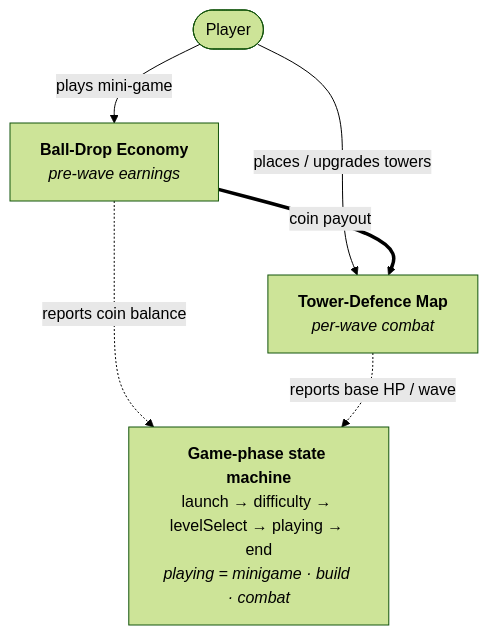
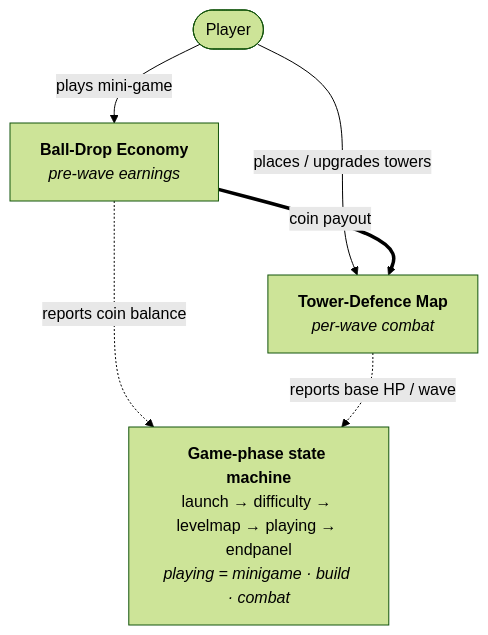
The first of 3 diagrams in REPORT.md (UoB-COMSM0166/2026-group-23), drawn with Mermaid (forest theme) before and after one commit. The commit also changed other lines of this file and 9 other files, not shown here.

````diff
--- a/REPORT.md
+++ b/REPORT.md
@@ -46,13 +51,13 @@
 ```mermaid
 flowchart TD
     Player(["Player"])
     Mini["<b>Ball-Drop Economy</b><br><i>pre-wave earnings</i>"]
     Map["<b>Tower-Defence Map</b><br><i>per-wave combat</i>"]
-    Phase["<b>Game-phase state machine</b><br>launch → difficulty → levelSelect → playing → end<br><i>playing = minigame · build · combat</i>"]
+    Phase["<b>Game-phase state machine</b><br>launch → difficulty → levelmap → playing → endpanel<br><i>playing = minigame · build · combat</i>"]
 
     Player -- "plays mini-game" --> Mini
     Player -- "places / upgrades towers" --> Map
     Mini == "coin payout" ==> Map
     Mini -. "reports coin balance" .-> Phase
     Map -. "reports base HP / wave" .-> Phase
 ```
````
